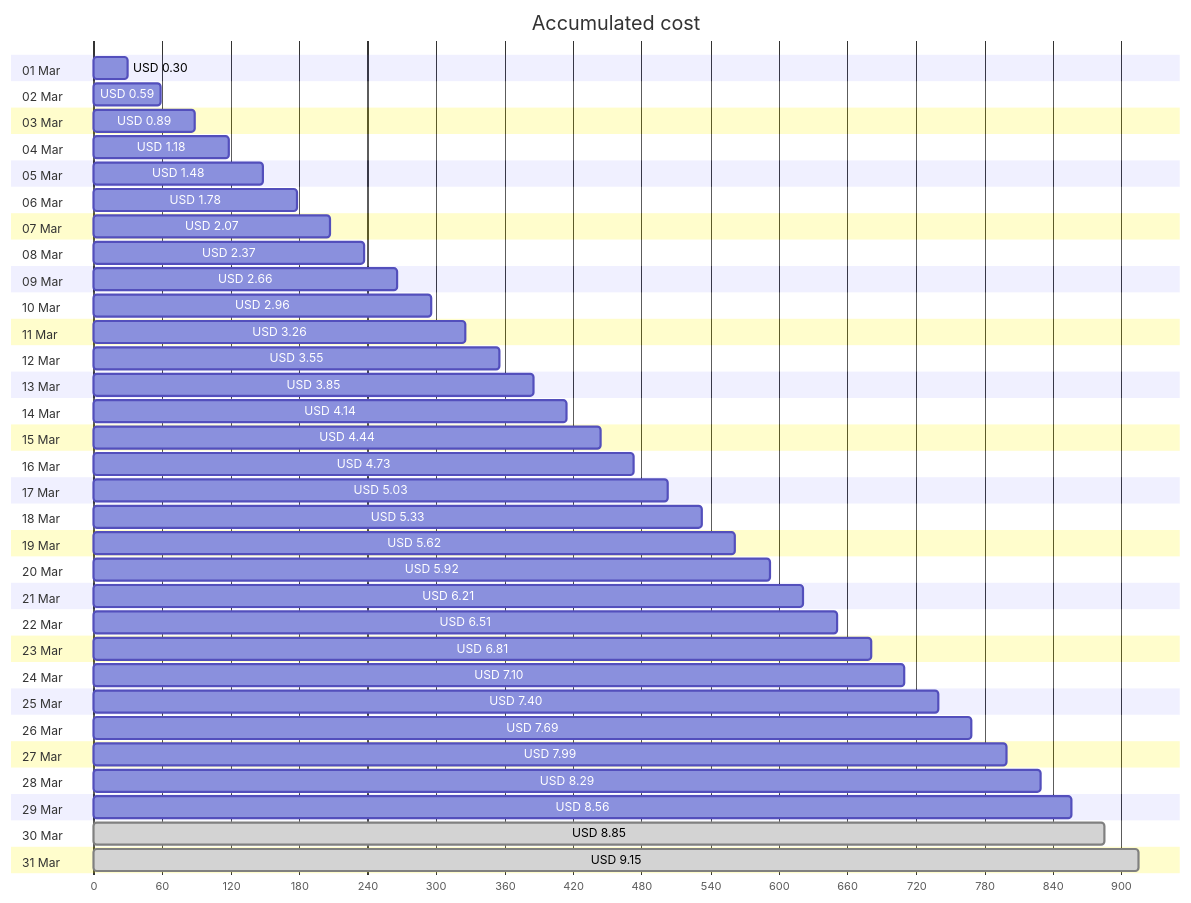
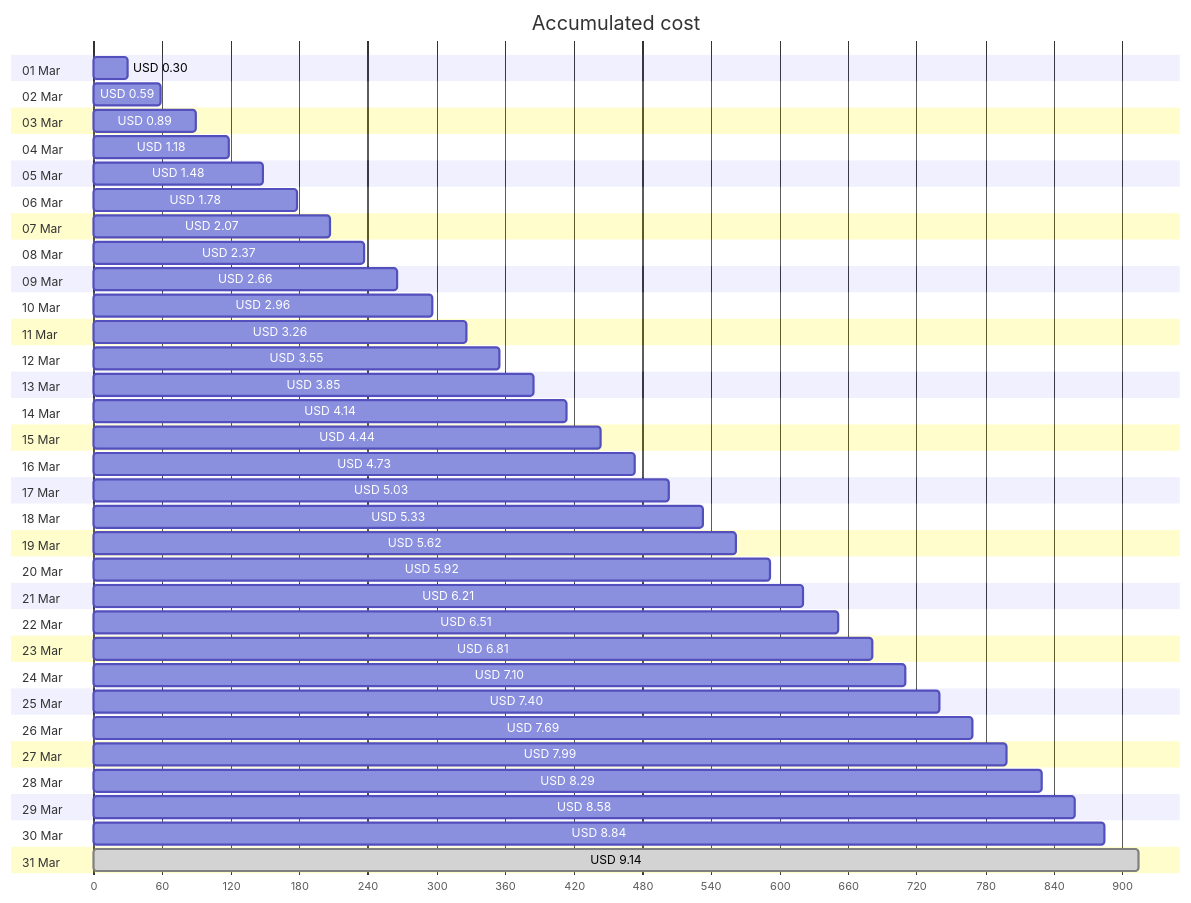
Before and after one commit to jpfulton/azure-personal-reports: the first of 4 diagrams in cost-reports/personal-site/personal-site-preview.md, drawn with Mermaid. The commit also changed other lines of this file and 6 other files, not shown here.

````diff
--- a/cost-reports/personal-site/personal-site-preview.md
+++ b/cost-reports/personal-site/personal-site-preview.md
@@ -20,68 +20,68 @@
 ```mermaid
 gantt
    title Accumulated cost
    dateFormat  X
    axisFormat %s
    section 01 Mar
    USD 0.30 :0, 30
    section 02 Mar
    USD 0.59 :0, 59
    section 03 Mar
    USD 0.89 :0, 89
    section 04 Mar
    USD 1.18 :0, 118
    section 05 Mar
    USD 1.48 :0, 148
    section 06 Mar
    USD 1.78 :0, 178
    section 07 Mar
    USD 2.07 :0, 207
    section 08 Mar
    USD 2.37 :0, 237
    section 09 Mar
    USD 2.66 :0, 266
    section 10 Mar
    USD 2.96 :0, 296
    section 11 Mar
    USD 3.26 :0, 326
    section 12 Mar
    USD 3.55 :0, 355
    section 13 Mar
    USD 3.85 :0, 385
    section 14 Mar
    USD 4.14 :0, 414
    section 15 Mar
    USD 4.44 :0, 444
    section 16 Mar
    USD 4.73 :0, 473
    section 17 Mar
    USD 5.03 :0, 503
    section 18 Mar
    USD 5.33 :0, 533
    section 19 Mar
    USD 5.62 :0, 562
    section 20 Mar
    USD 5.92 :0, 592
    section 21 Mar
    USD 6.21 :0, 621
    section 22 Mar
    USD 6.51 :0, 651
    section 23 Mar
    USD 6.81 :0, 681
    section 24 Mar
    USD 7.10 :0, 710
    section 25 Mar
    USD 7.40 :0, 740
    section 26 Mar
    USD 7.69 :0, 769
    section 27 Mar
    USD 7.99 :0, 799
    section 28 Mar
    USD 8.29 :0, 829
    section 29 Mar
-   USD 8.56 :0, 856
+   USD 8.58 :0, 858
    section 30 Mar
-   USD 8.85 : done, 0, 885
+   USD 8.84 :0, 884
    section 31 Mar
-   USD 9.15 : done, 0, 915
+   USD 9.14 : done, 0, 914
 ```
````
